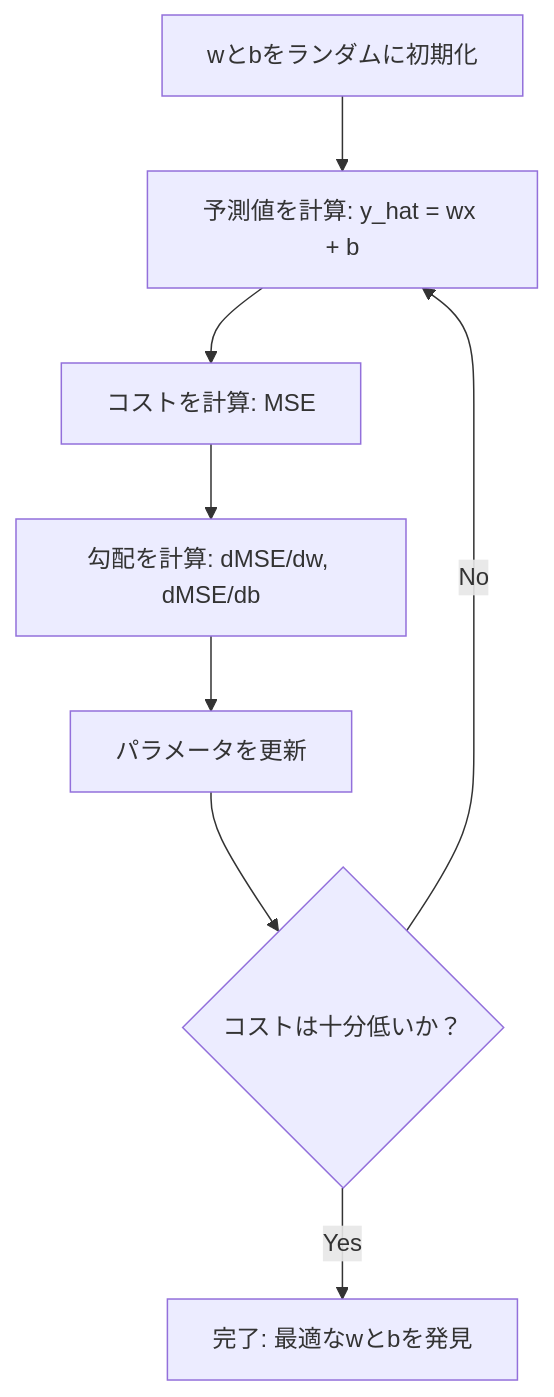
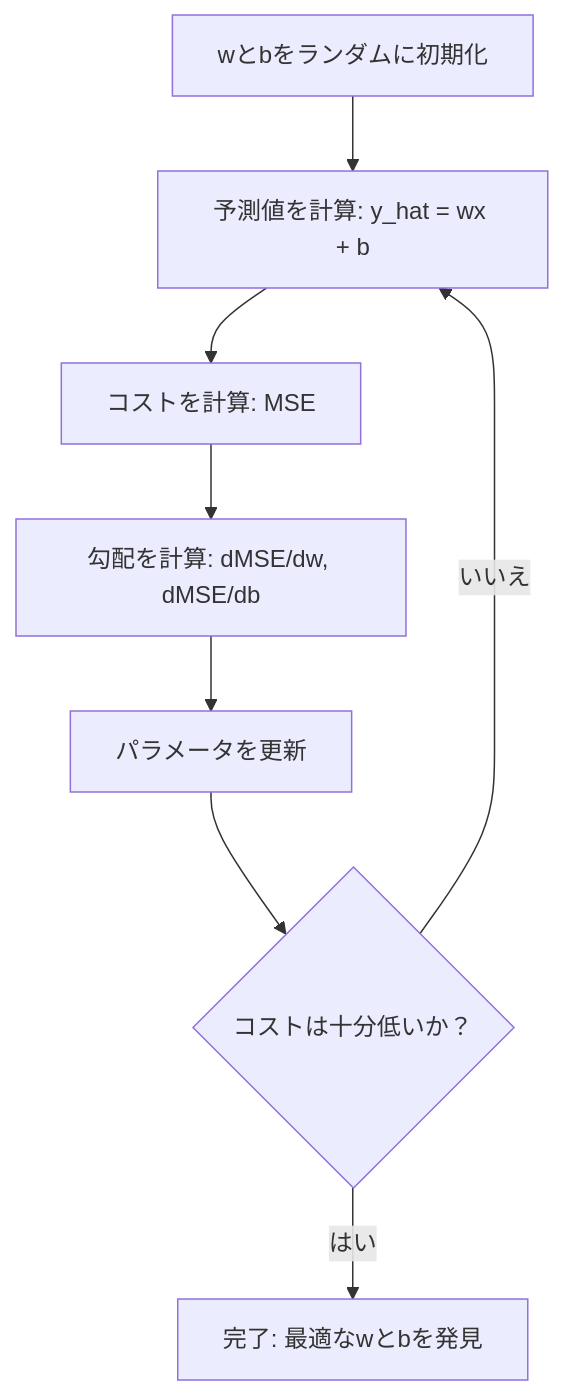
The diagram in content/phases/02-ml-fundamentals/02-linear-regression/lesson.ja.md (shoshoshomen/synapse-academy), drawn with Mermaid before and after one commit. The commit also changed 124 other files, not shown here.

First line of the commit message:
feat(i18n): mermaid図のラベルを日本語化(194レッスン/374図)

````diff
--- a/content/phases/02-ml-fundamentals/02-linear-regression/lesson.ja.md
+++ b/content/phases/02-ml-fundamentals/02-linear-regression/lesson.ja.md
@@ -60,10 +60,10 @@
 ```mermaid
 flowchart TD
     A[wとbをランダムに初期化] --> B[予測値を計算: y_hat = wx + b]
     B --> C[コストを計算: MSE]
     C --> D[勾配を計算: dMSE/dw, dMSE/db]
     D --> E[パラメータを更新]
     E --> F{コストは十分低いか？}
-    F -->|No| B
-    F -->|Yes| G[完了: 最適なwとbを発見]
+    F -->|"いいえ"| B
+    F -->|"はい"| G[完了: 最適なwとbを発見]
 ```
````
